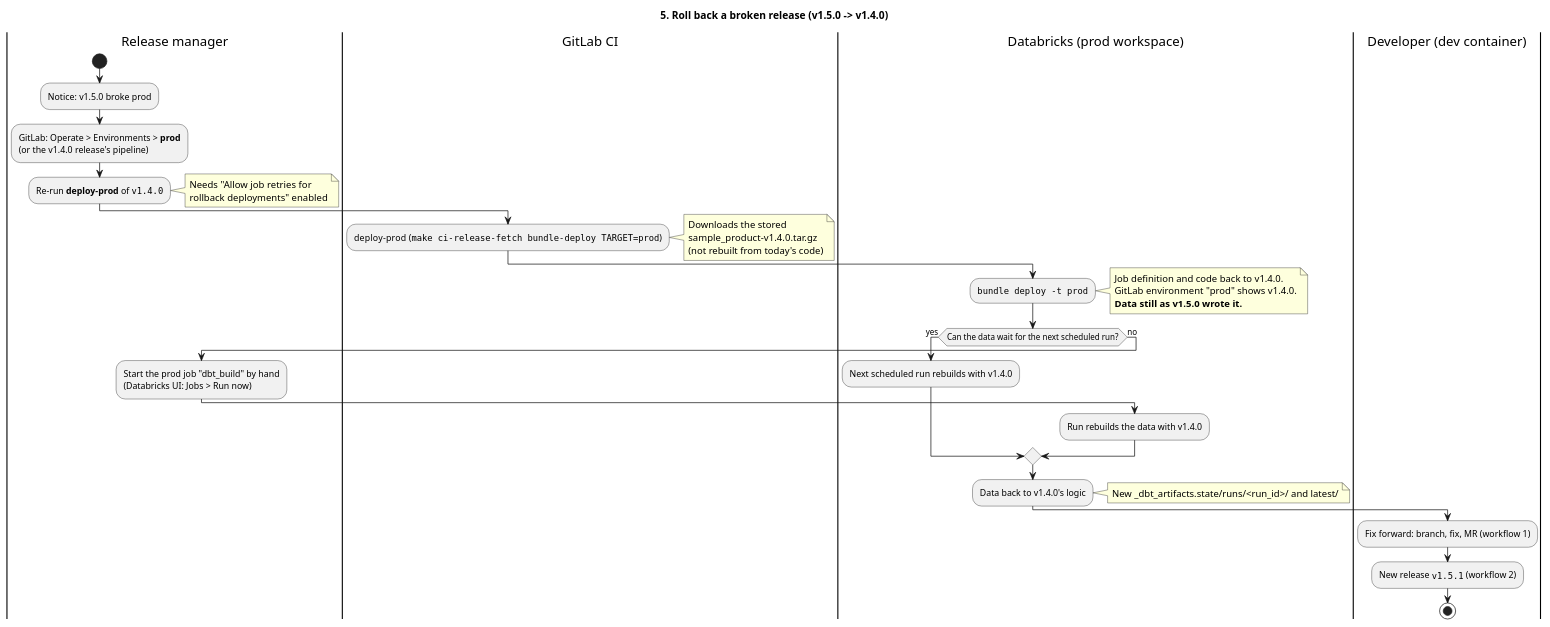
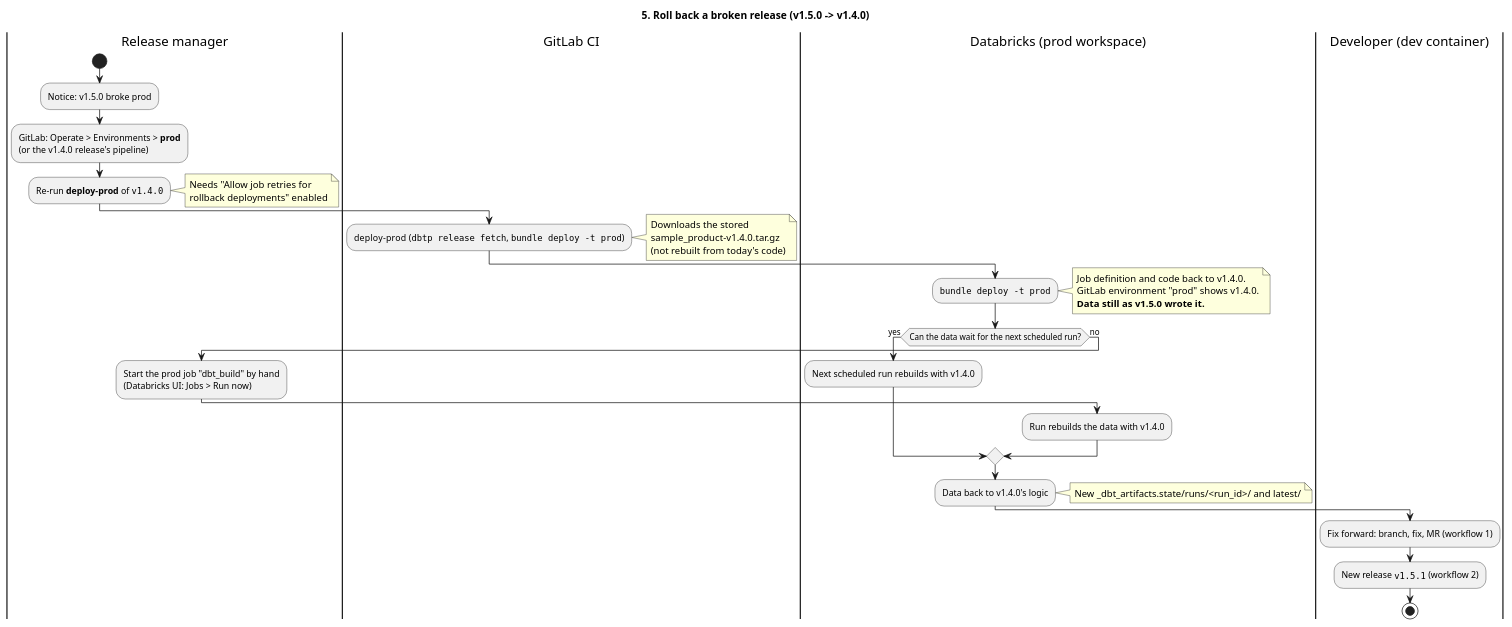
The diagram in docs/diagrams/workflow-5-rollback.puml (PeterHenell/dbt-databricks-template), drawn with PlantUML before and after one commit. The commit also changed 23 other files, not shown here.

```diff
--- a/docs/diagrams/workflow-5-rollback.puml
+++ b/docs/diagrams/workflow-5-rollback.puml
@@ -1,45 +1,45 @@
 @startuml workflow-5-rollback
 title 5. Roll back a broken release (v1.5.0 -> v1.4.0)
 
 |Release manager|
 start
 :Notice: v1.5.0 broke prod;
 :GitLab: Operate > Environments > **prod**
 (or the v1.4.0 release's pipeline);
 :Re-run **deploy-prod** of ""v1.4.0"";
 note right
   Needs "Allow job retries for
   rollback deployments" enabled
 end note
 |GitLab CI|
-:deploy-prod  (""make ci-release-fetch bundle-deploy TARGET=prod"");
+:deploy-prod  (""dbtp release fetch"", ""bundle deploy -t prod"");
 note right
   Downloads the stored
   sample_product-v1.4.0.tar.gz
   (not rebuilt from today's code)
 end note
 |Databricks (prod workspace)|
 :""bundle deploy -t prod"";
 note right
   Job definition and code back to v1.4.0.
   GitLab environment "prod" shows v1.4.0.
   **Data still as v1.5.0 wrote it.**
 end note
 if (Can the data wait for the next scheduled run?) then (yes)
   :Next scheduled run rebuilds with v1.4.0;
 else (no)
   |Release manager|
   :Start the prod job "dbt_build" by hand
   (Databricks UI: Jobs > Run now);
   |Databricks (prod workspace)|
   :Run rebuilds the data with v1.4.0;
 endif
 :Data back to v1.4.0's logic;
 note right
   New _dbt_artifacts.state/runs/<run_id>/ and latest/
 end note
 |Developer (dev container)|
 :Fix forward: branch, fix, MR (workflow 1);
 :New release ""v1.5.1"" (workflow 2);
 stop
 @enduml
```
